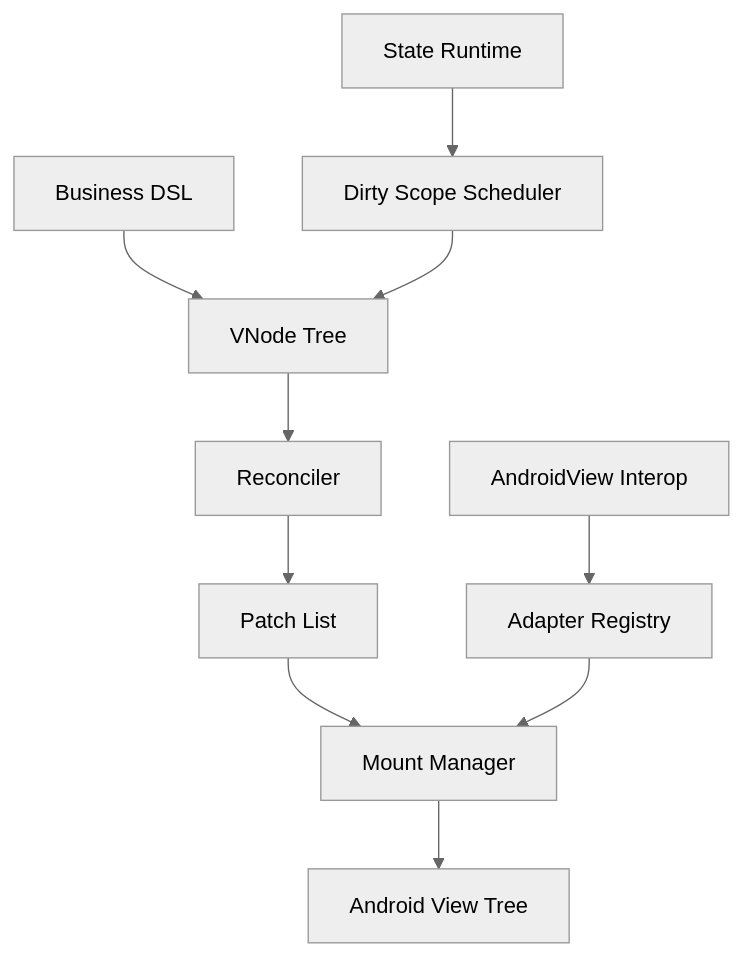
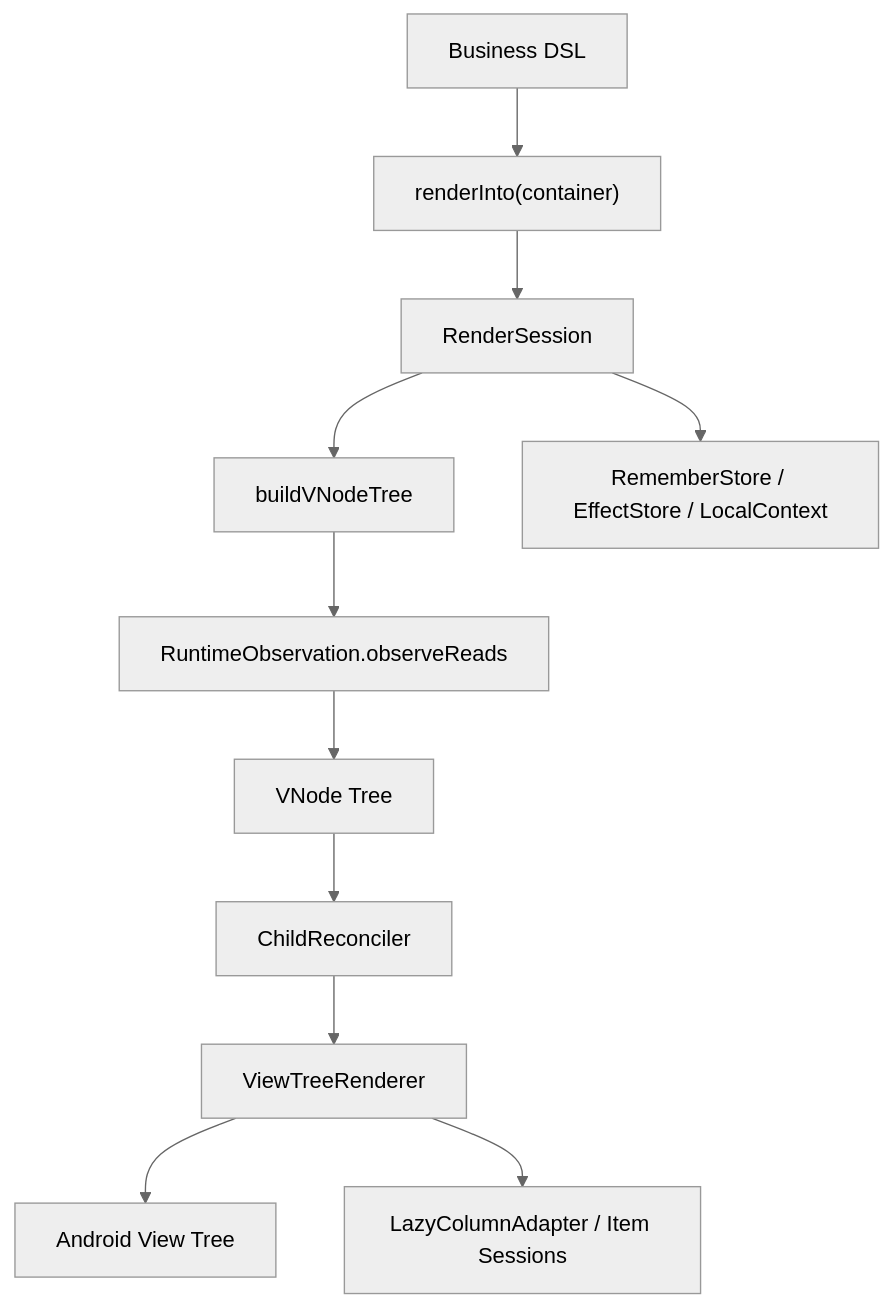
Before and after one commit to guozhiqiang123/ViewCompose: the first of 4 diagrams in ARCHITECTURE.md, drawn with Mermaid (neutral theme). The commit also changed other lines of this file, not shown here.

Commit message:
docs: refresh architecture baseline

````diff
--- a/ARCHITECTURE.md
+++ b/ARCHITECTURE.md
@@ -61,12 +101,13 @@
 ```mermaid
 flowchart TD
-    A["Business DSL"] --> B["VNode Tree"]
-    B --> C["Reconciler"]
-    C --> D["Patch List"]
-    D --> E["Mount Manager"]
-    E --> F["Android View Tree"]
-    G["State Runtime"] --> H["Dirty Scope Scheduler"]
-    H --> B
-    I["Adapter Registry"] --> E
-    J["AndroidView Interop"] --> I
+    A["Business DSL"] --> B["renderInto(container)"]
+    B --> C["RenderSession"]
+    C --> D["buildVNodeTree"]
+    D --> E["RuntimeObservation.observeReads"]
+    E --> F["VNode Tree"]
+    F --> G["ChildReconciler"]
+    G --> H["ViewTreeRenderer"]
+    H --> I["Android View Tree"]
+    C --> J["RememberStore / EffectStore / LocalContext"]
+    H --> K["LazyColumnAdapter / Item Sessions"]
 ```
````
